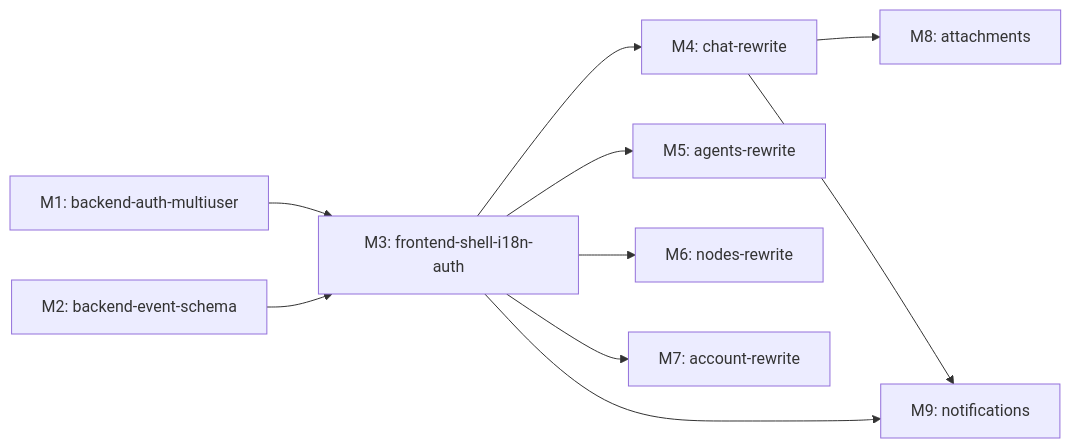
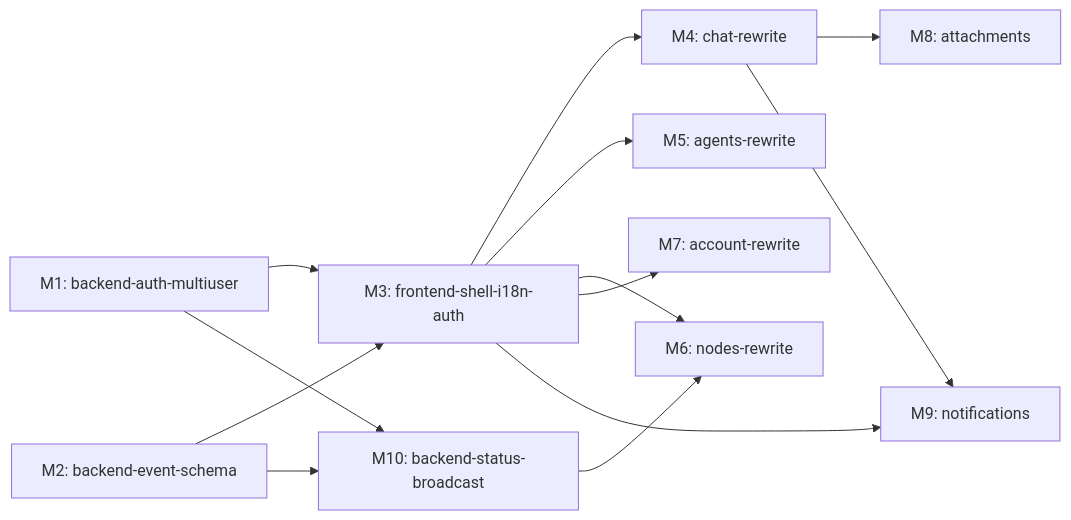
One commit to Mrchen116/nano-multiagent changed the diagram in docs/changes/feat-340-agent-native-im/design.md. Above: the diagram before and after it, drawn with Mermaid. The commit also changed other lines of this file, not shown here.

First line of the commit message:
design(340): 补 M10 backend-status-broadcast + 决策 11 + 风险 7

````diff
--- a/docs/changes/feat-340-agent-native-im/design.md
+++ b/docs/changes/feat-340-agent-native-im/design.md
@@ -319,12 +338,15 @@
 ```mermaid
 graph LR
   M1[M1: backend-auth-multiuser] --> M3[M3: frontend-shell-i18n-auth]
   M2[M2: backend-event-schema] --> M3
+  M1 --> M10[M10: backend-status-broadcast]
+  M2 --> M10
   M3 --> M4[M4: chat-rewrite]
   M3 --> M5[M5: agents-rewrite]
   M3 --> M6[M6: nodes-rewrite]
+  M10 --> M6
   M3 --> M7[M7: account-rewrite]
   M4 --> M8[M8: attachments]
   M3 --> M9[M9: notifications]
   M4 --> M9
 ```
````
